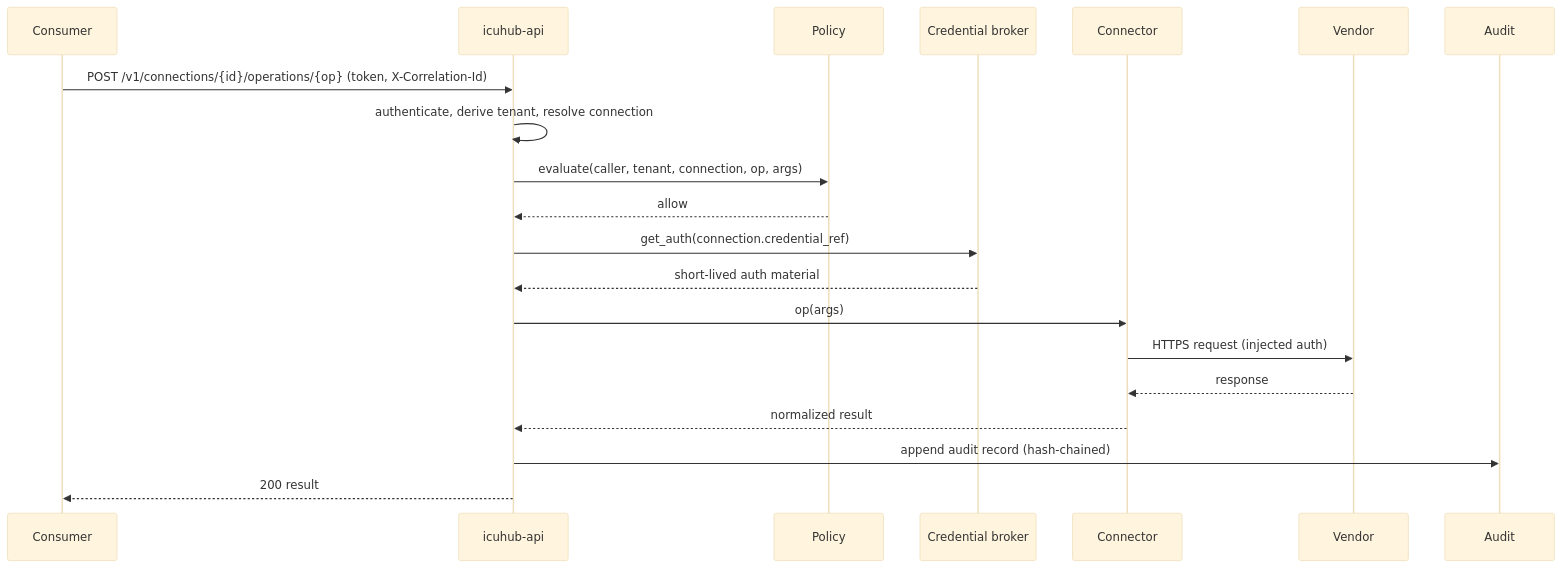
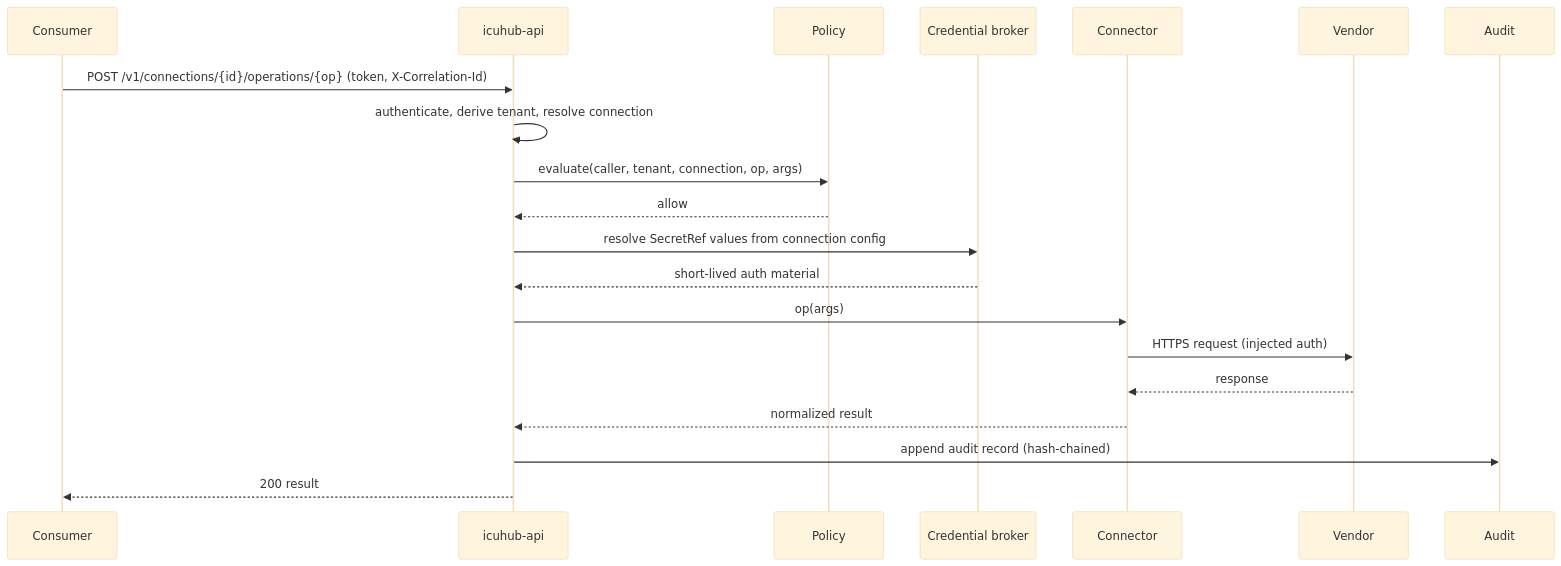
The fourth of 7 diagrams in docs/HLD.md (project-lambda-zero/icuhub), drawn with Mermaid (base theme) before and after one commit. The commit also changed other lines of this file and 16 other files, not shown here.

````diff
--- a/docs/HLD.md
+++ b/docs/HLD.md
@@ -391,22 +418,22 @@
 ```mermaid
 sequenceDiagram
   participant C as Consumer
   participant A as icuhub-api
   participant P as Policy
   participant B as Credential broker
   participant K as Connector
   participant V as Vendor
   participant D as Audit
   C->>A: POST /v1/connections/{id}/operations/{op} (token, X-Correlation-Id)
   A->>A: authenticate, derive tenant, resolve connection
   A->>P: evaluate(caller, tenant, connection, op, args)
   P-->>A: allow
-  A->>B: get_auth(connection.credential_ref)
+  A->>B: resolve SecretRef values from connection config
   B-->>A: short-lived auth material
   A->>K: op(args)
   K->>V: HTTPS request (injected auth)
   V-->>K: response
   K-->>A: normalized result
   A->>D: append audit record (hash-chained)
   A-->>C: 200 result
 ```
````
